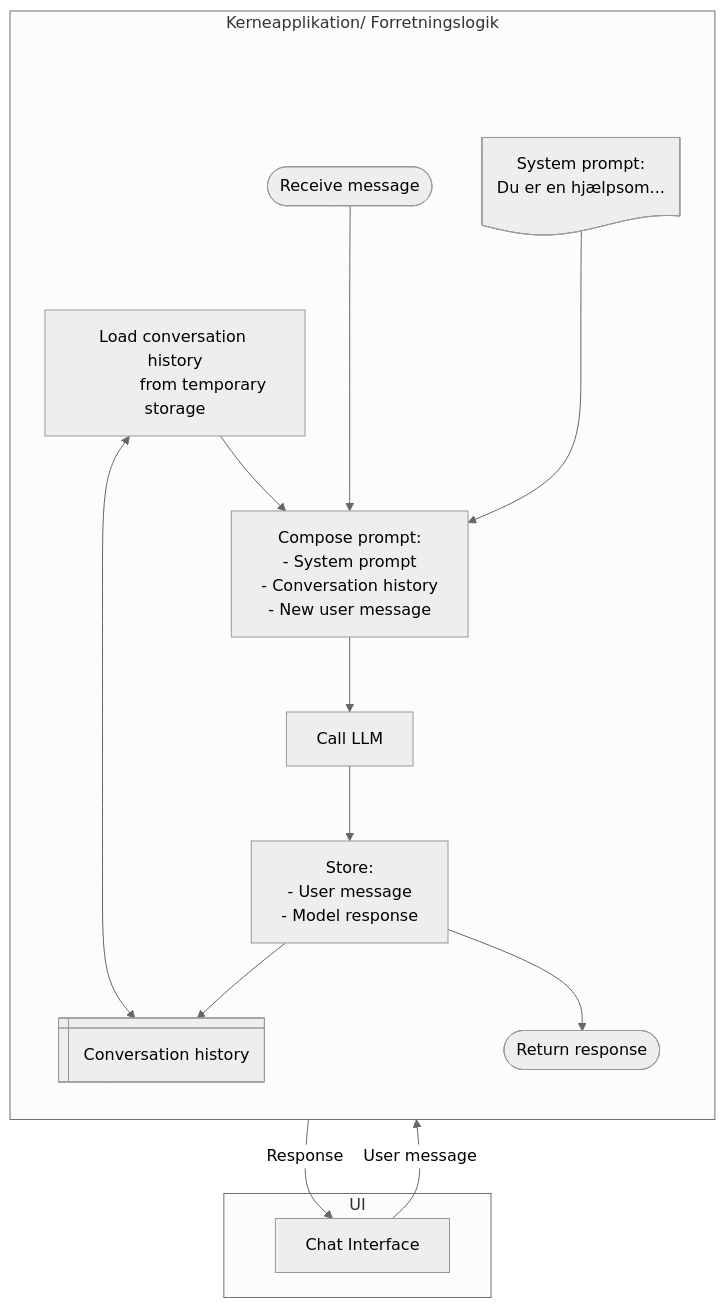
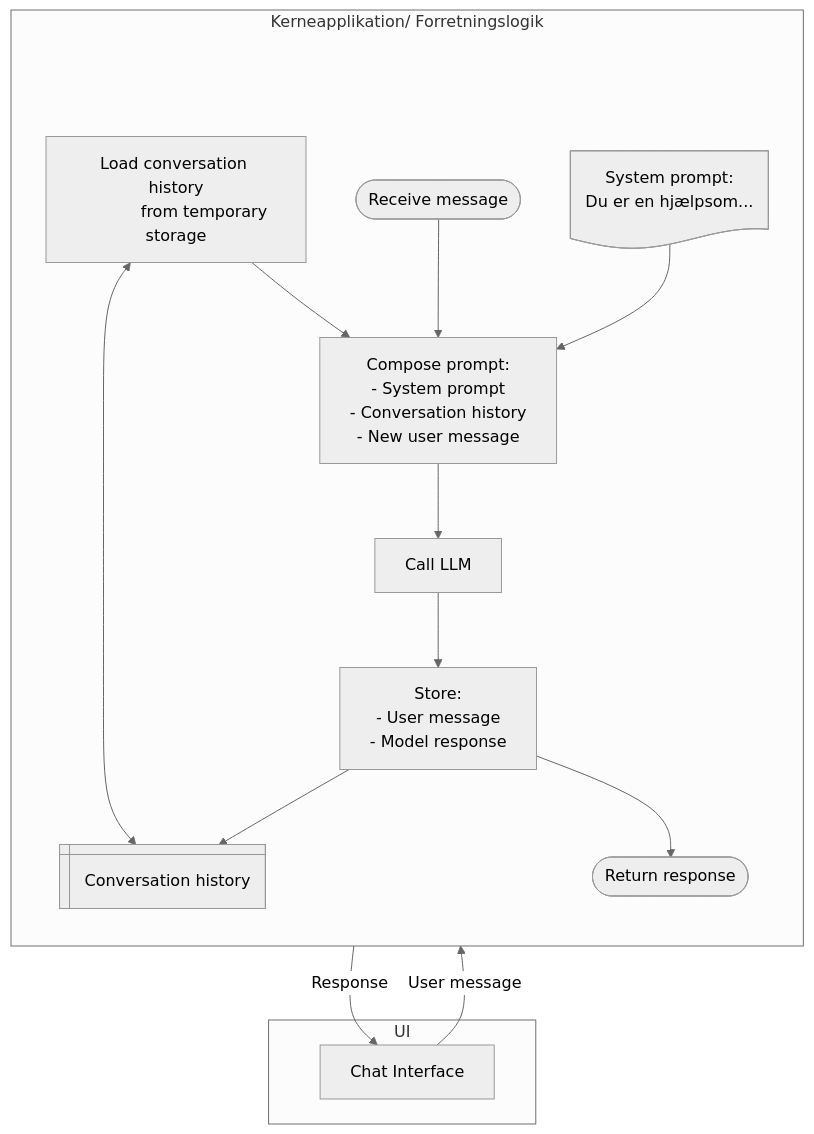
Before and after one commit to OS2sandbox/public-genai-governance: the diagram in docs/minimumskrav/AI_loesningseksempler/simpleste_chat.md, drawn with Mermaid (neutral theme).

Commit message:
Reset link length

````diff
--- a/docs/minimumskrav/AI_loesningseksempler/simpleste_chat.md
+++ b/docs/minimumskrav/AI_loesningseksempler/simpleste_chat.md
@@ -6,48 +6,48 @@
 ```mermaid
 flowchart TD
     classDef inViz fill:None,stroke-width:0px;
 
     subgraph UI["UI"]
         chat["Chat Interface"]
     end
 
     chat -->|User message| start
 
     subgraph core["Kerneapplikation/ Forretningslogik"]
         direction TB
         
         inVizAnchor:::inViz@{shape: junction}
         start([Receive message])
         prompt@{ shape: doc, label: "System prompt: 
                                      Du er en hjælpsom..." }
         ctx["Load conversation history
             from temporary storage"]
                                      
         inVizAnchor ~~~ ctx
         inVizAnchor ~~~ start
         inVizAnchor ~~~ prompt
     
         storage@{ shape: win-pane, label: "Conversation history" }
              
         compose["Compose prompt:
                 - System prompt
                 - Conversation history
                 - New user message"]
 
         callModel["Call LLM"]
 
         store["Store:
                - User message
                - Model response"]
 
         respond([Return response])
 
         ctx <--> storage 
         ctx --> compose --> callModel --> store --> storage
-        start ---> compose 
-        prompt ---> compose
+        start --> compose 
+        prompt --> compose
         store --> respond
     end
 
     respond -->|Response| chat
 ```
````
